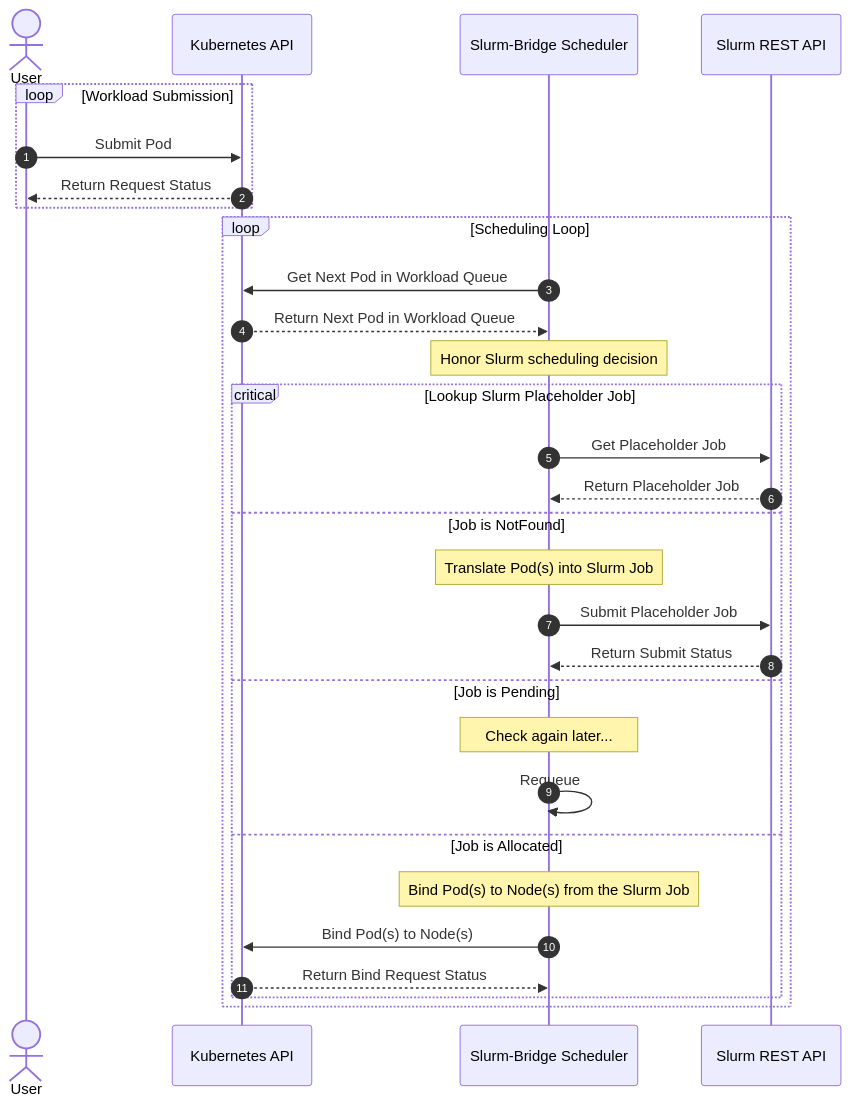
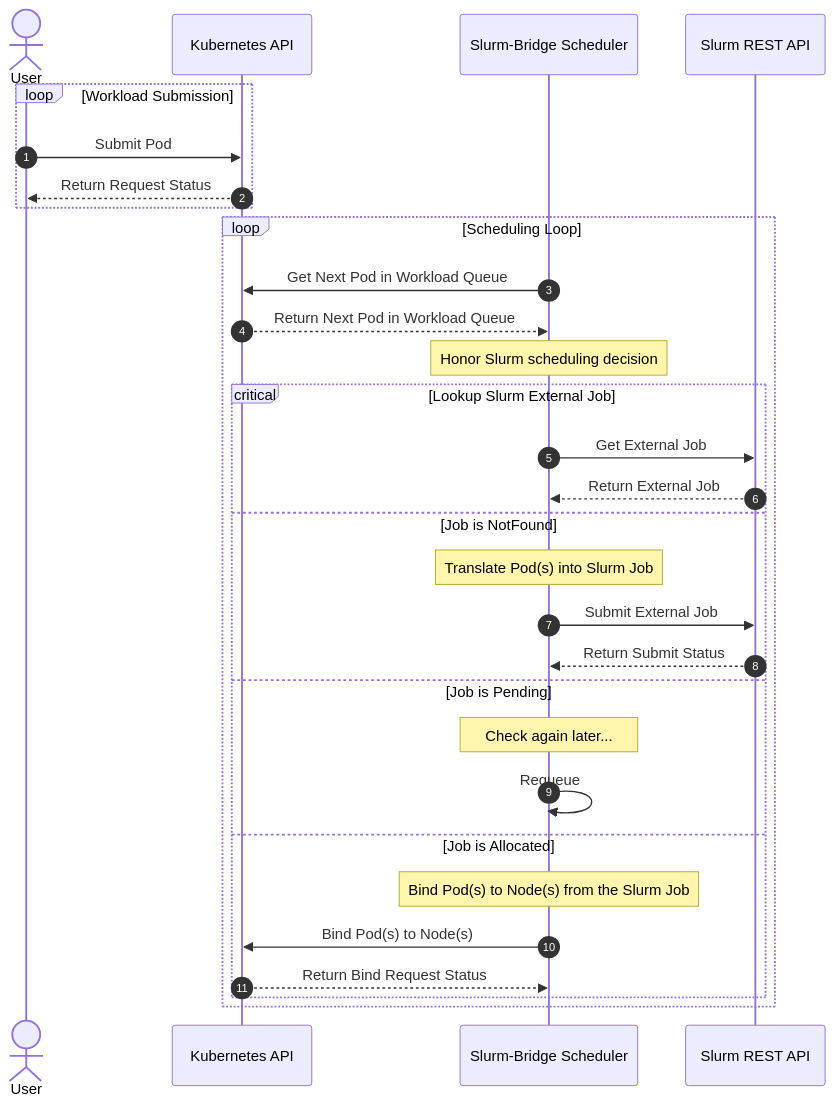
One commit to SlinkyProject/slurm-bridge changed the diagram in docs/scheduler.md. Above: the diagram before and after it, drawn with Mermaid. The commit also changed other lines of this file and 33 other files, not shown here.

Commit message:
chore: rename placeholder to external to reflect the slurm naming

````diff
--- a/docs/scheduler.md
+++ b/docs/scheduler.md
@@ -42,36 +42,36 @@
 ```mermaid
 sequenceDiagram
   autonumber
 
   actor user as User
   participant KAPI as Kubernetes API
   participant SBS as Slurm-Bridge Scheduler
   participant SAPI as Slurm REST API
 
   loop Workload Submission
     user->>KAPI: Submit Pod
     KAPI-->>user: Return Request Status
   end %% loop Workload Submission
 
   loop Scheduling Loop
     SBS->>KAPI: Get Next Pod in Workload Queue
     KAPI-->>SBS: Return Next Pod in Workload Queue
 
     note over SBS: Honor Slurm scheduling decision
-    critical Lookup Slurm Placeholder Job
-      SBS->>SAPI: Get Placeholder Job
-      SAPI-->>SBS: Return Placeholder Job
+    critical Lookup Slurm External Job
+      SBS->>SAPI: Get External Job
+      SAPI-->>SBS: Return External Job
     option Job is NotFound
       note over SBS: Translate Pod(s) into Slurm Job
-      SBS->>SAPI: Submit Placeholder Job
+      SBS->>SAPI: Submit External Job
       SAPI-->>SBS: Return Submit Status
     option Job is Pending
       note over SBS: Check again later...
       SBS->>SBS: Requeue
     option Job is Allocated
       note over SBS: Bind Pod(s) to Node(s) from the Slurm Job
       SBS->>KAPI: Bind Pod(s) to Node(s)
       KAPI-->>SBS: Return Bind Request Status
-    end %% Lookup Slurm Placeholder Job
+    end %% Lookup Slurm External Job
   end %% loop Scheduling Loop
 ```
````
